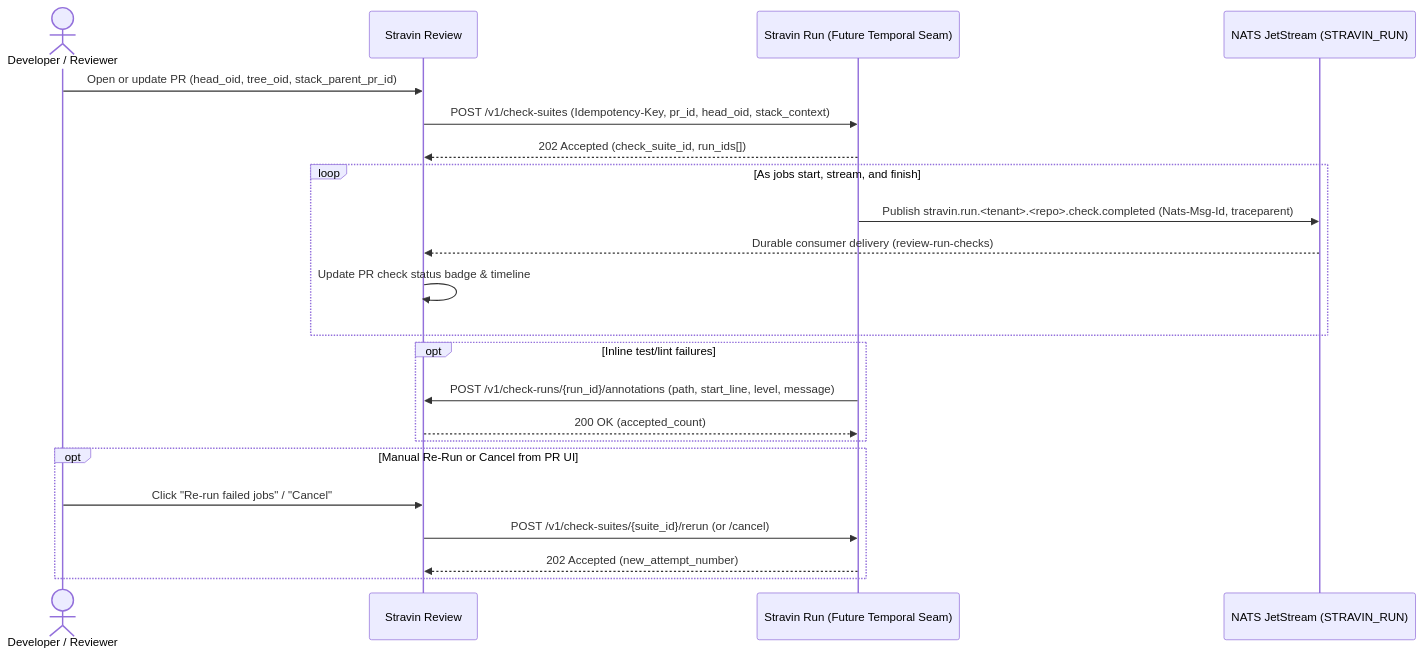
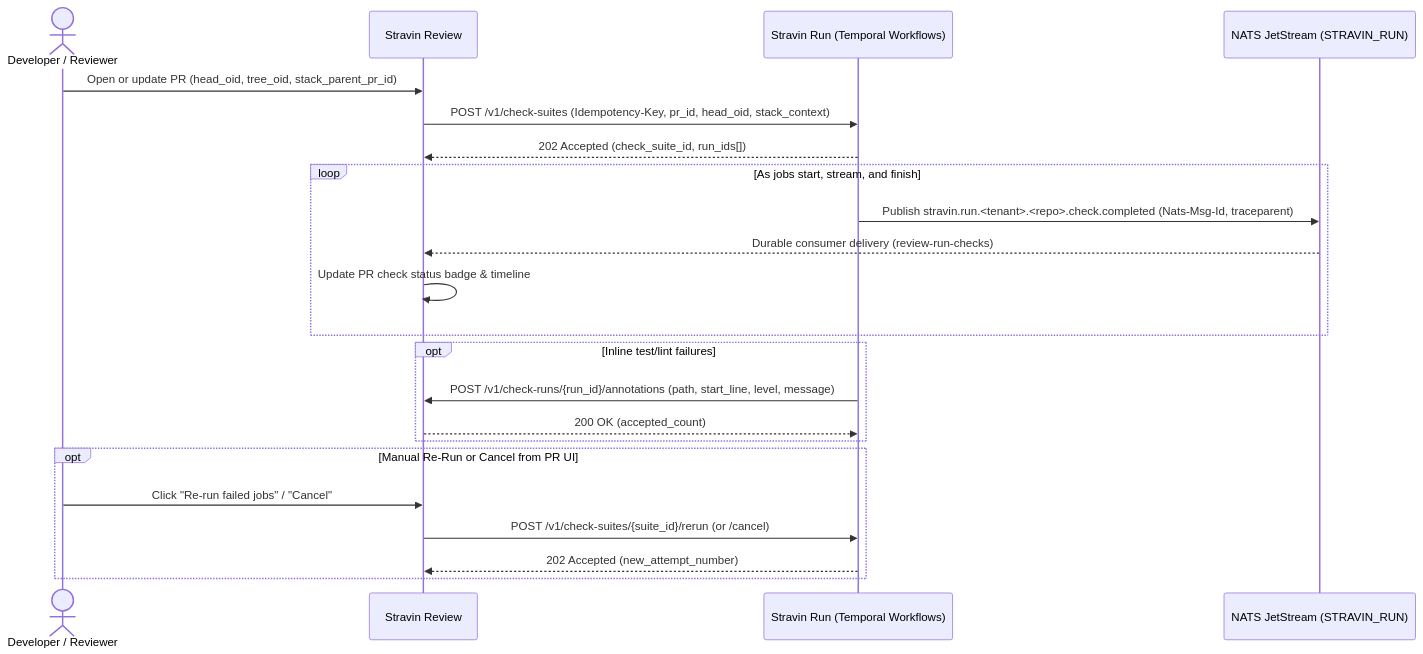
One commit to stravin-dev/architecture changed the diagram in docs/interfaces/review-run.md. Above: the diagram before and after it, drawn with Mermaid. The commit also changed other lines of this file and 9 other files, not shown here.

````diff
--- a/docs/interfaces/review-run.md
+++ b/docs/interfaces/review-run.md
@@ -17,28 +17,28 @@
 ```mermaid
 sequenceDiagram
     actor Dev as Developer / Reviewer
     participant Review as Stravin Review
-    participant Run as Stravin Run (Future Temporal Seam)
+    participant Run as Stravin Run (Temporal Workflows)
     participant NATS as NATS JetStream (STRAVIN_RUN)
 
     Dev->>Review: Open or update PR (head_oid, tree_oid, stack_parent_pr_id)
     Review->>Run: POST /v1/check-suites (Idempotency-Key, pr_id, head_oid, stack_context)
     Run-->>Review: 202 Accepted (check_suite_id, run_ids[])
 
     loop As jobs start, stream, and finish
         Run->>NATS: Publish stravin.run.<tenant>.<repo>.check.completed (Nats-Msg-Id, traceparent)
         NATS-->>Review: Durable consumer delivery (review-run-checks)
         Review->>Review: Update PR check status badge & timeline
     end
 
     opt Inline test/lint failures
         Run->>Review: POST /v1/check-runs/{run_id}/annotations (path, start_line, level, message)
         Review-->>Run: 200 OK (accepted_count)
     end
 
     opt Manual Re-Run or Cancel from PR UI
         Dev->>Review: Click "Re-run failed jobs" / "Cancel"
         Review->>Run: POST /v1/check-suites/{suite_id}/rerun (or /cancel)
         Run-->>Review: 202 Accepted (new_attempt_number)
     end
 ```
````
